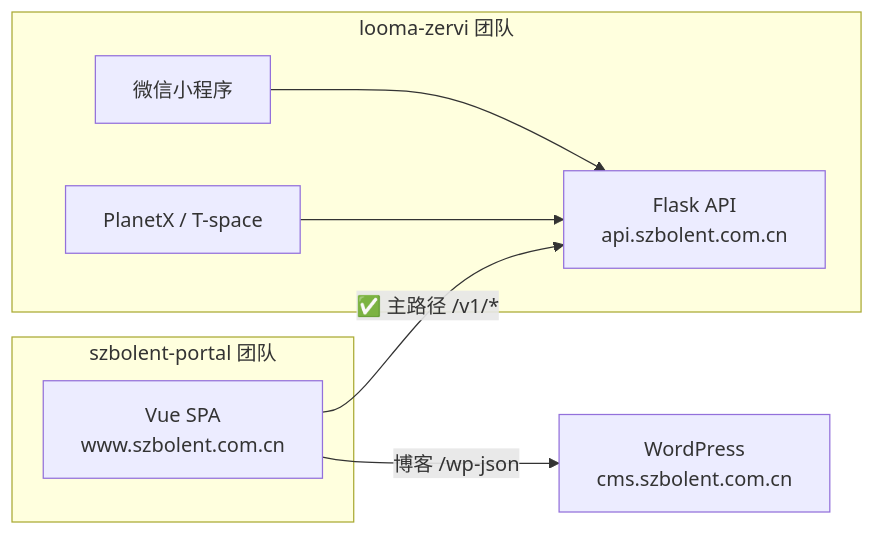
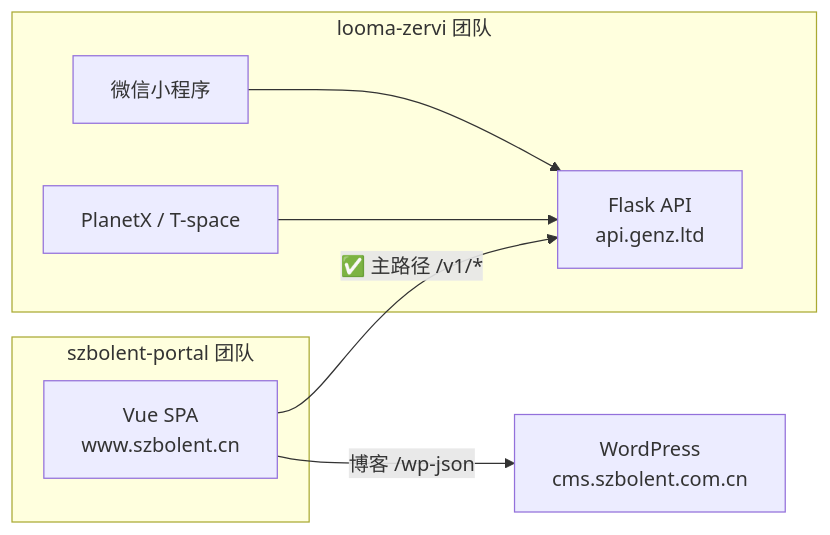
One commit to szpeter2026/szbolent-portal changed the diagram in docs/DUAL_REPO_WORK_GUIDE.md. Above: the diagram before and after it, drawn with Mermaid. The commit also changed other lines of this file and 26 other files, not shown here.

First line of the commit message:
🔧 域名架构统一更新：门户→szbolent.cn / API→api.genz.ltd

````diff
--- a/docs/DUAL_REPO_WORK_GUIDE.md
+++ b/docs/DUAL_REPO_WORK_GUIDE.md
@@ -36,19 +36,19 @@
 ```mermaid
 flowchart LR
   subgraph portal["szbolent-portal 团队"]
-    Vue["Vue SPA\nwww.szbolent.com.cn"]
+    Vue["Vue SPA\nwww.szbolent.cn"]
   end
 
   subgraph looma["looma-zervi 团队"]
-    API["Flask API\napi.szbolent.com.cn"]
+    API["Flask API\napi.genz.ltd"]
     MP["微信小程序"]
     React["PlanetX / T-space"]
   end
 
   WP["WordPress\ncms.szbolent.com.cn"]
 
   Vue -->|"✅ 主路径 /v1/*"| API
   Vue -->|"博客 /wp-json"| WP
   MP --> API
   React --> API
 ```
````
